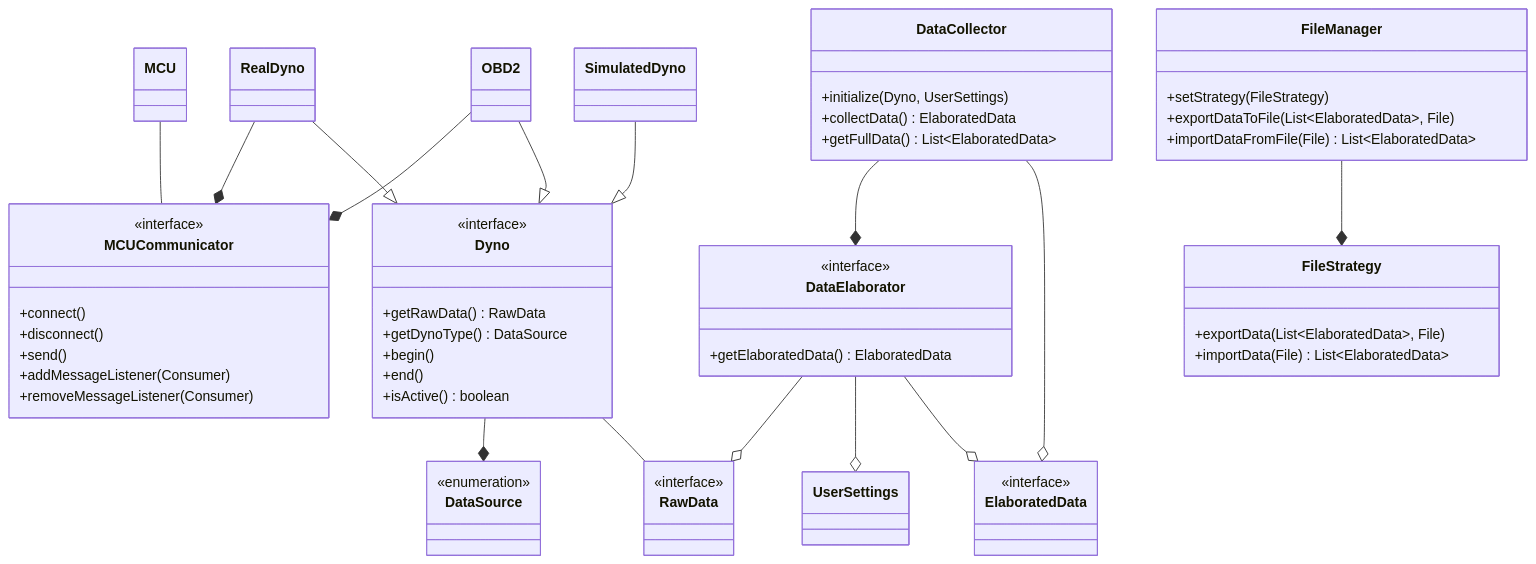
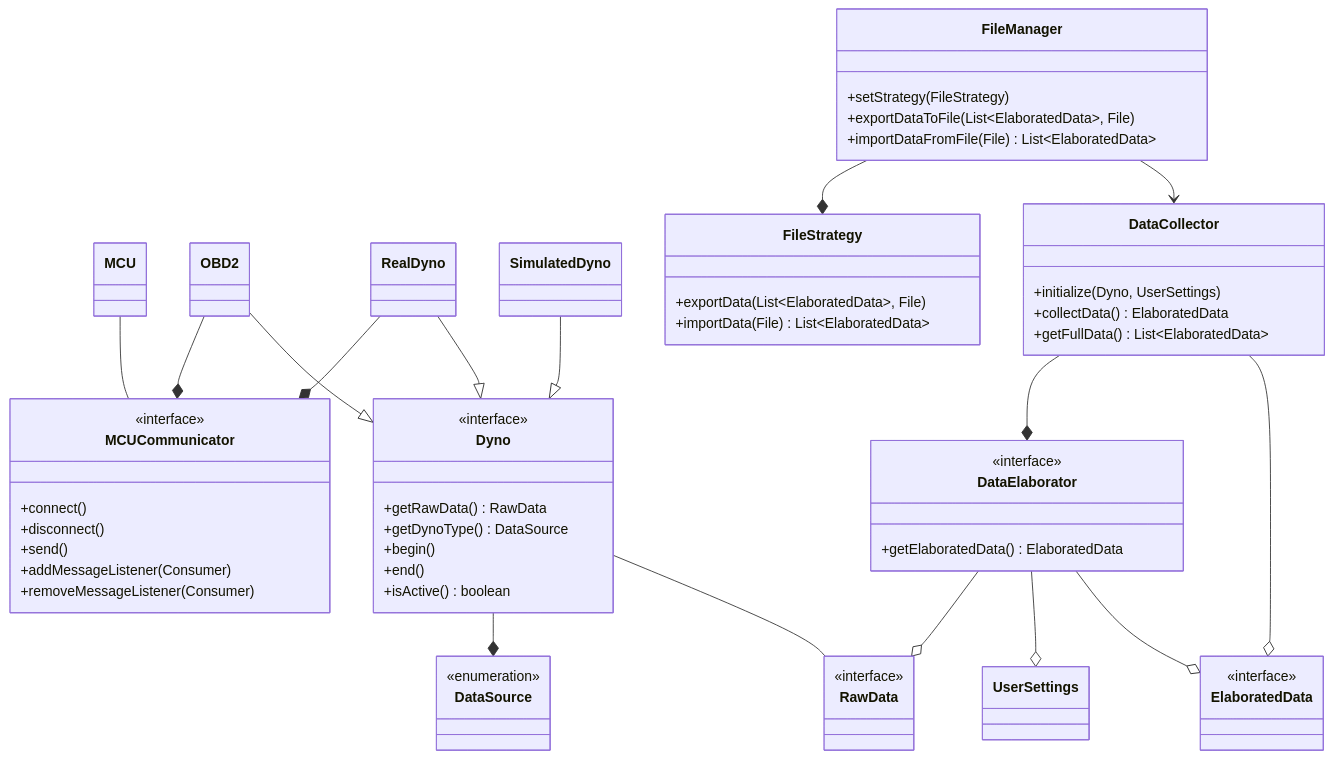
The first of 10 diagrams in report.md (unibo-oop-projects/OOP24-Alessandro-CristoferNapolitano-SolarEgg-TodeschiMatteo-java-dyno), drawn with Mermaid before and after one commit.

Commit message:
filemanager uml fix

```diff
--- a/report.md
+++ b/report.md
@@ -100,6 +100,7 @@
     DataCollector --o ElaboratedData
     OBD2 --|> Dyno
     FileManager --* FileStrategy
+    FileManager --> DataCollector
 
     class MCUCommunicator {
 	    +connect()
```
